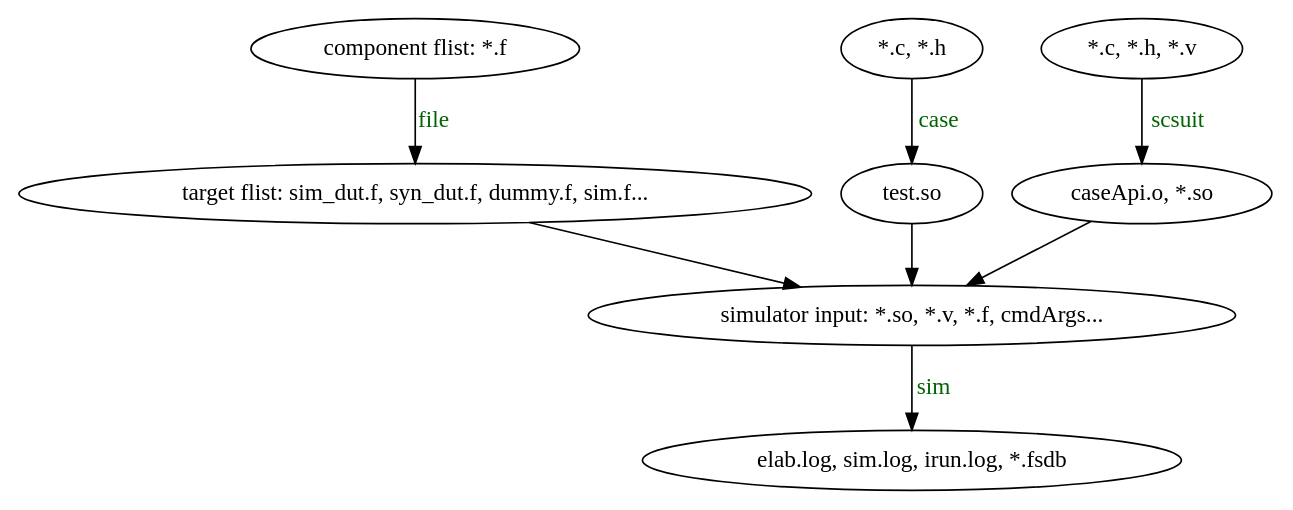
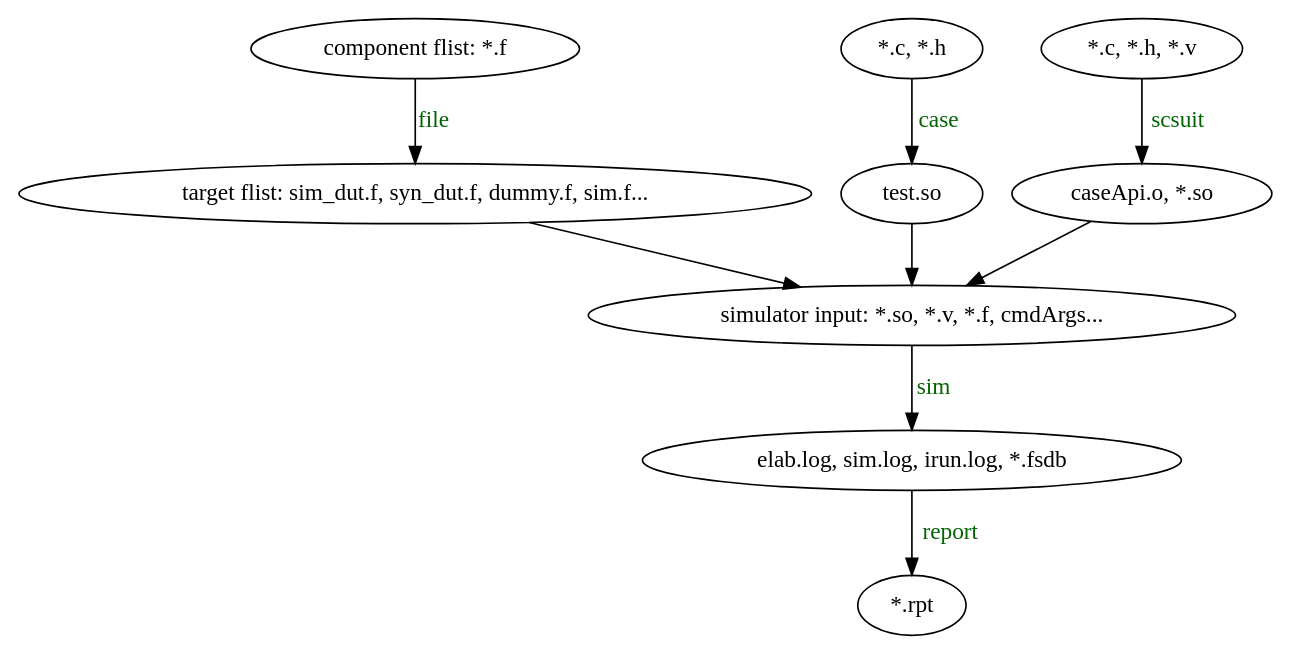
One commit to KingFrige/SoC-Gulp changed the diagram in picture/verif-sulp.dot. Above: the diagram before and after it, drawn with Graphviz. The commit also changed 3 other files, not shown here.

```diff
--- a/picture/verif-sulp.dot
+++ b/picture/verif-sulp.dot
@@ -1,18 +1,20 @@
 digraph pic1 {
   RTLFlistSrc [label = "component flist: *.f"]
   testcaseSrc [label = "*.c, *.h"]
   scsuitSrc   [label = "*.c, *.h, *.v"]
   RTLFlistTarget [label = "target flist: sim_dut.f, syn_dut.f, dummy.f, sim.f..."]
   testcaseTarget [label = "test.so"]
   scsuitTarget   [label = "caseApi.o, *.so"]
-  simulator   [label = "simulator input: *.so, *.v, *.f, cmdArgs..."]
-  result      [label = "elab.log, sim.log, irun.log, *.fsdb"]
+  simulator      [label = "simulator input: *.so, *.v, *.f, cmdArgs..."]
+  simResult      [label = "elab.log, sim.log, irun.log, *.fsdb"]
+  reportFiles    [label = "*.rpt"]
 
   RTLFlistSrc -> RTLFlistTarget [label="file", fontcolor=darkgreen]
   testcaseSrc -> testcaseTarget [label="case", fontcolor=darkgreen]
   scsuitSrc -> scsuitTarget [label="scsuit", fontcolor=darkgreen]
   RTLFlistTarget -> simulator
   testcaseTarget -> simulator
   scsuitTarget -> simulator 
-  simulator -> result  [label="sim", fontcolor=darkgreen]
+  simulator -> simResult  [label="sim", fontcolor=darkgreen]
+  simResult  -> reportFiles [label="report", fontcolor=darkgreen]  
 }
```
